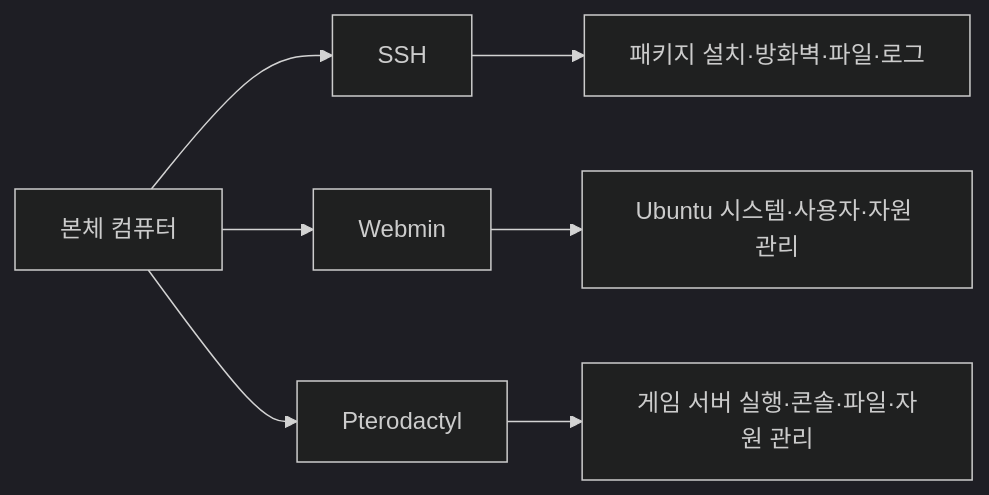
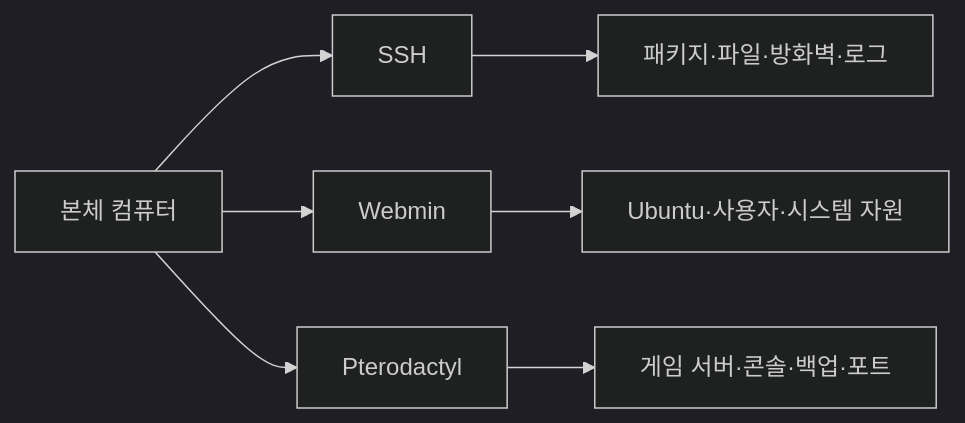
One commit to kosmos-s/G.study changed the diagram in portfolio/home-game-server/README.md. Above: the diagram before and after it, drawn with Mermaid (dark theme). The commit also changed other lines of this file, not shown here.

````diff
--- a/portfolio/home-game-server/README.md
+++ b/portfolio/home-game-server/README.md
@@ -95,9 +27,9 @@
 ```mermaid
 flowchart LR
     A[본체 컴퓨터] --> B[SSH]
     A --> C[Webmin]
     A --> D[Pterodactyl]
-    B --> E[패키지 설치·방화벽·파일·로그]
-    C --> F[Ubuntu 시스템·사용자·자원 관리]
-    D --> G[게임 서버 실행·콘솔·파일·자원 관리]
+    B --> E[패키지·파일·방화벽·로그]
+    C --> F[Ubuntu·사용자·시스템 자원]
+    D --> G[게임 서버·콘솔·백업·포트]
 ```
````
